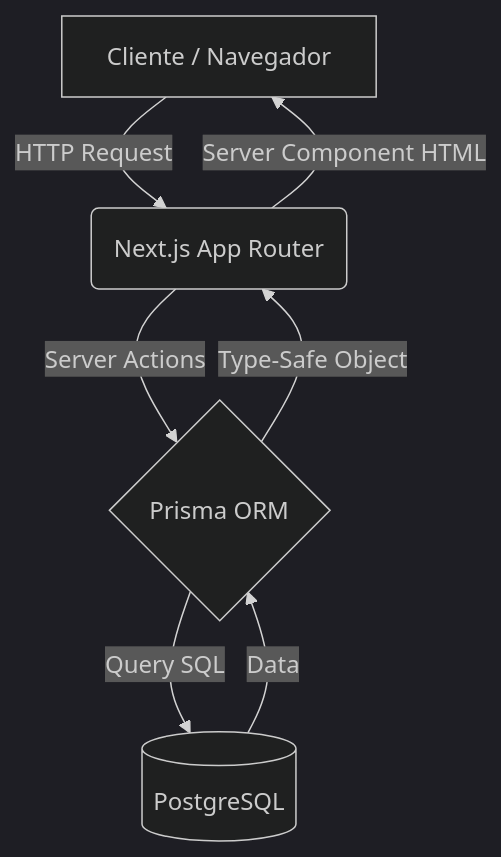
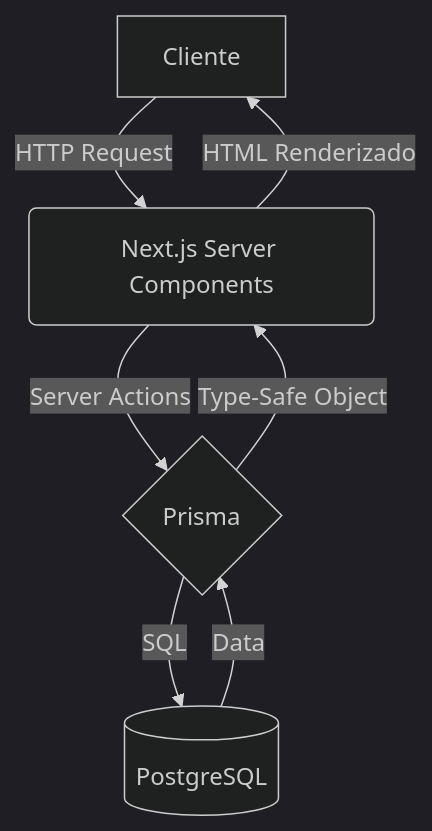
The first of 2 diagrams in README.md (nicvroyz/nannyconnect), drawn with Mermaid (dark theme) before and after one commit. The commit also changed other lines of this file, not shown here.

````diff
--- a/README.md
+++ b/README.md
@@ -33,9 +55,9 @@
 ```mermaid
 graph TD
-    A[Cliente / Navegador] -->|HTTP Request| B(Next.js App Router)
-    B -->|Server Actions| C{Prisma ORM}
-    C -->|Query SQL| D[(PostgreSQL)]
+    A[Cliente] -->|HTTP Request| B(Next.js Server Components)
+    B -->|Server Actions| C{Prisma}
+    C -->|SQL| D[(PostgreSQL)]
     D -->|Data| C
     C -->|Type-Safe Object| B
-    B -->|Server Component HTML| A
+    B -->|HTML Renderizado| A
 ```
````
